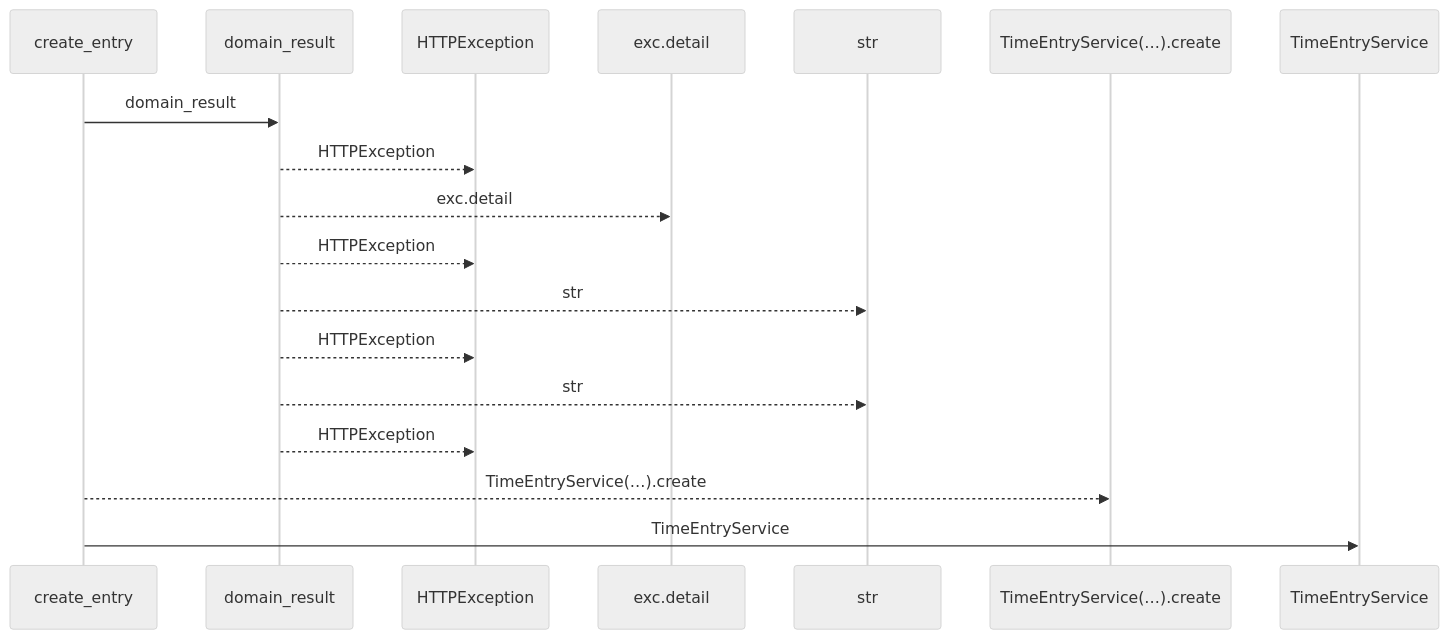
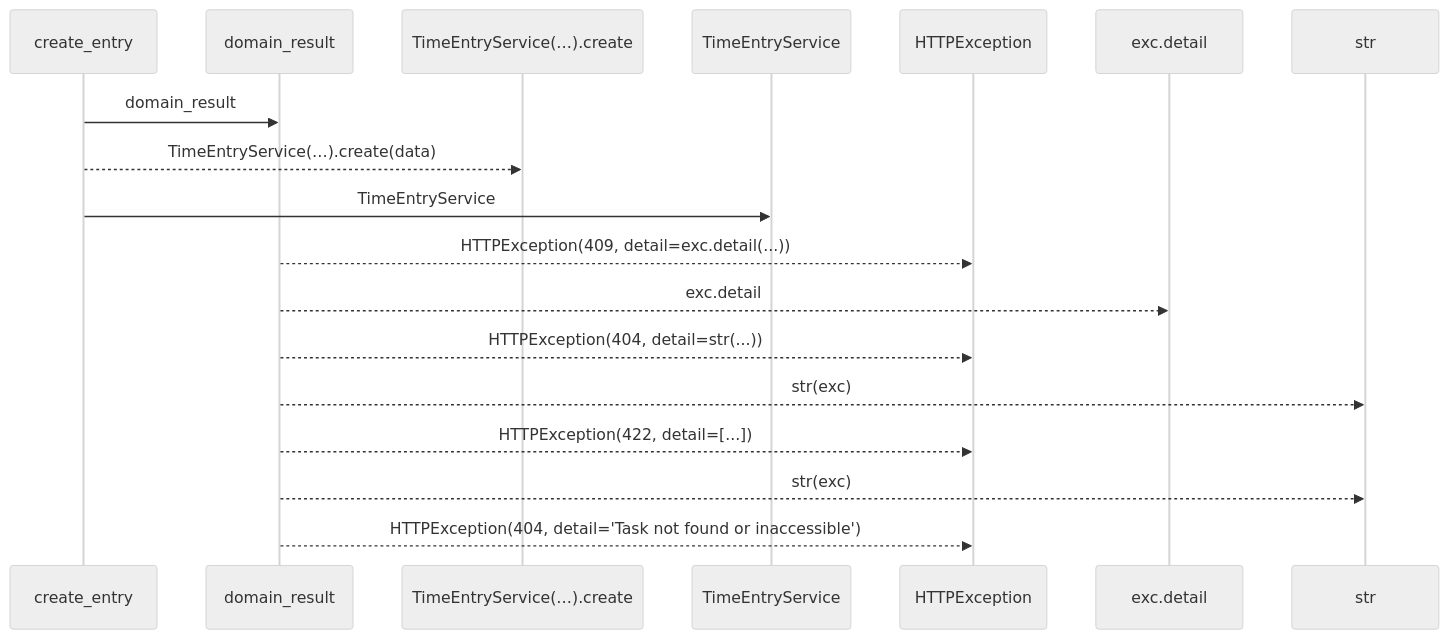
The first of 2 diagrams in docs/llm_wiki/flows/http-create_entry.md (Denissvgn/WorkChord), drawn with Mermaid (neutral theme) before and after one commit. The commit also changed other lines of this file and 25171 other files, not shown here.

````diff
--- a/docs/llm_wiki/flows/http-create_entry.md
+++ b/docs/llm_wiki/flows/http-create_entry.md
@@ -10,20 +12,20 @@
 ```mermaid
 sequenceDiagram
     participant p0 as create_entry
     participant p1 as domain_result
-    participant p2 as HTTPException
-    participant p3 as exc.detail
-    participant p4 as str
-    participant p5 as TimeEntryService(…).create
-    participant p6 as TimeEntryService
+    participant p2 as TimeEntryService(…).create
+    participant p3 as TimeEntryService
+    participant p4 as HTTPException
+    participant p5 as exc.detail
+    participant p6 as str
     p0->>p1: domain_result
-    p1-->>p2: HTTPException
-    p1-->>p3: exc.detail
-    p1-->>p2: HTTPException
-    p1-->>p4: str
-    p1-->>p2: HTTPException
-    p1-->>p4: str
-    p1-->>p2: HTTPException
-    p0-->>p5: TimeEntryService(…).create
-    p0->>p6: TimeEntryService
+    p0-->>p2: TimeEntryService(…).create(data)
+    p0->>p3: TimeEntryService
+    p1-->>p4: HTTPException(409, detail=exc.detail(...))
+    p1-->>p5: exc.detail
+    p1-->>p4: HTTPException(404, detail=str(...))
+    p1-->>p6: str(exc)
+    p1-->>p4: HTTPException(422, detail=[...])
+    p1-->>p6: str(exc)
+    p1-->>p4: HTTPException(404, detail='Task not found or inaccessible')
 ```
````
